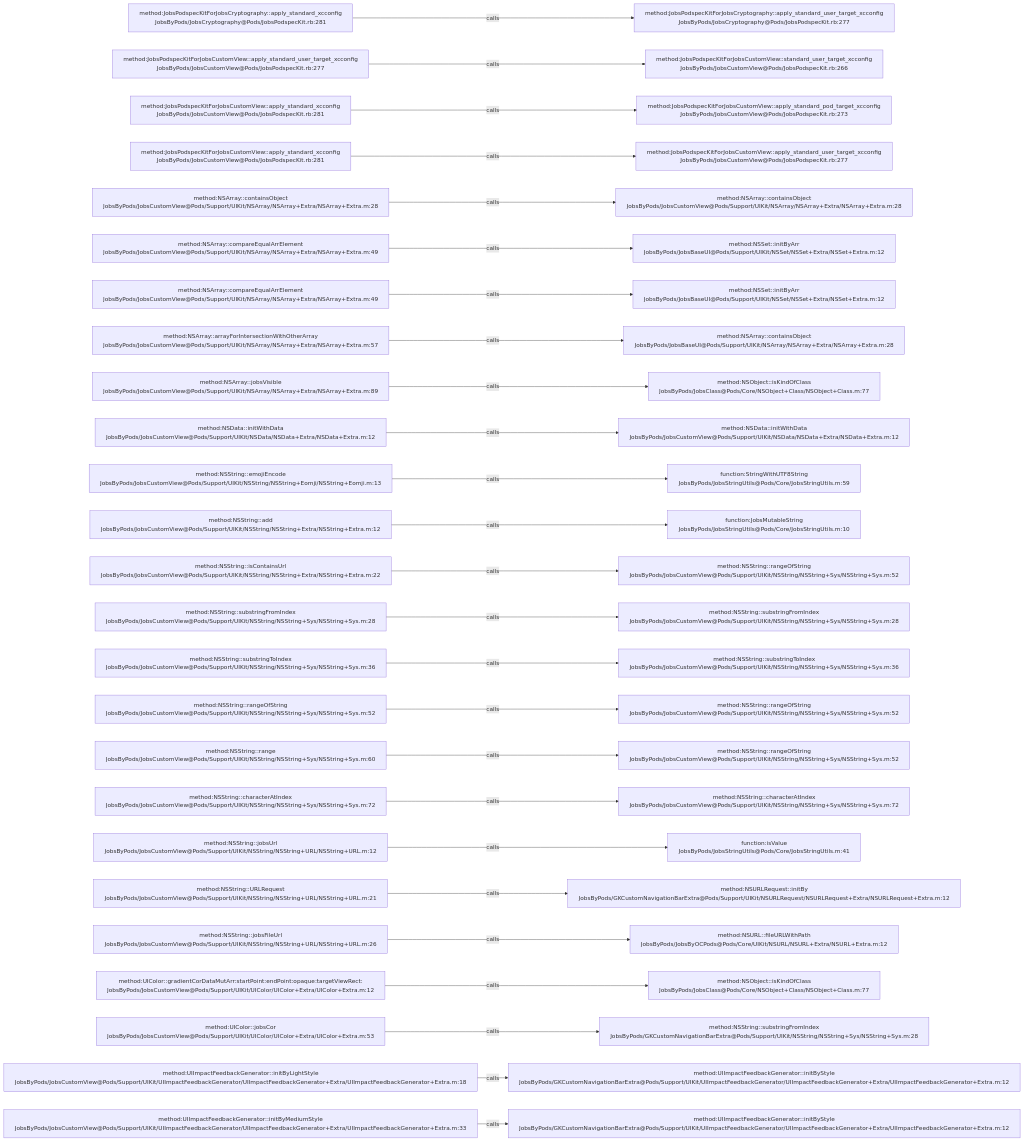
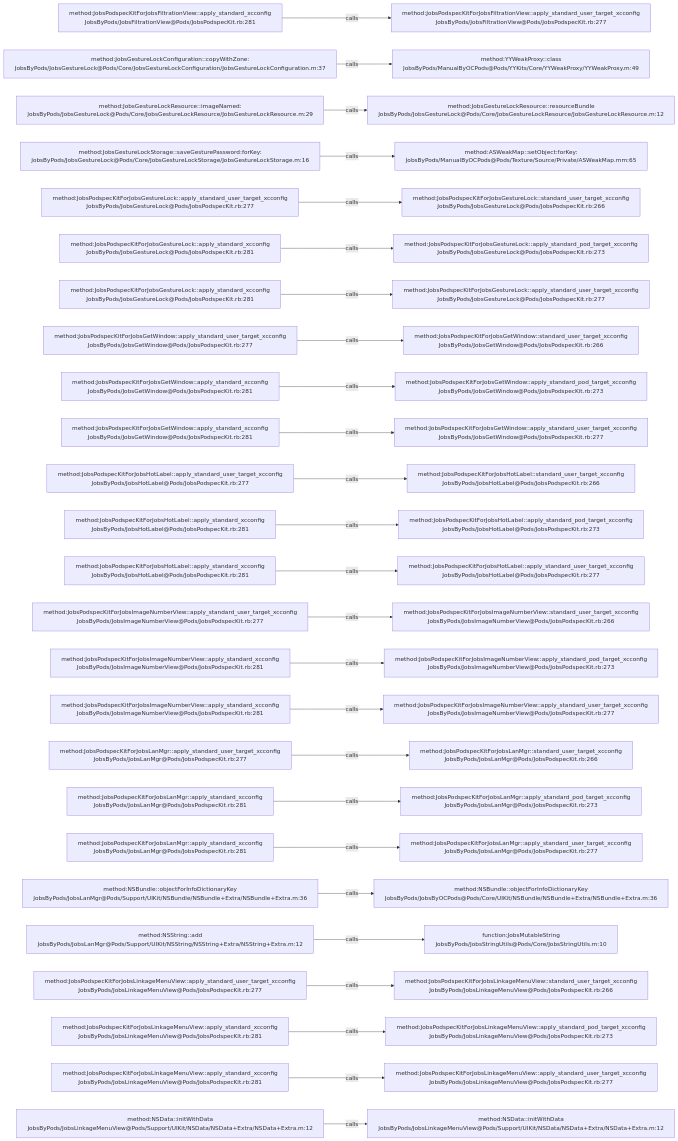
The diagram in .codegraph/codegraph.md/graphs/calls-010.md (JobsKits/JobsOCBaseConfigDemo), drawn with Mermaid before and after one commit. The commit also changed 1223 other files, not shown here.

````diff
--- a/.codegraph/codegraph.md/graphs/calls-010.md
+++ b/.codegraph/codegraph.md/graphs/calls-010.md
@@ -13,78 +13,78 @@
 ```mermaid
 flowchart LR
-  S1["method:JobsPodspecKitForJobsCryptography::apply_standard_xcconfig<br/>JobsByPods/JobsCryptography@Pods/JobsPodspecKit.rb:281"]
-  T1["method:JobsPodspecKitForJobsCryptography::apply_standard_user_target_xcconfig<br/>JobsByPods/JobsCryptography@Pods/JobsPodspecKit.rb:277"]
+  S1["method:JobsPodspecKitForJobsFiltrationView::apply_standard_xcconfig<br/>JobsByPods/JobsFiltrationView@Pods/JobsPodspecKit.rb:281"]
+  T1["method:JobsPodspecKitForJobsFiltrationView::apply_standard_user_target_xcconfig<br/>JobsByPods/JobsFiltrationView@Pods/JobsPodspecKit.rb:277"]
   S1 -->|calls| T1
-  S2["method:JobsPodspecKitForJobsCustomView::apply_standard_user_target_xcconfig<br/>JobsByPods/JobsCustomView@Pods/JobsPodspecKit.rb:277"]
-  T2["method:JobsPodspecKitForJobsCustomView::standard_user_target_xcconfig<br/>JobsByPods/JobsCustomView@Pods/JobsPodspecKit.rb:266"]
+  S2["method:JobsGestureLockConfiguration::copyWithZone:<br/>JobsByPods/JobsGestureLock@Pods/Core/JobsGestureLockConfiguration/JobsGestureLockConfiguration.m:37"]
+  T2["method:YYWeakProxy::class<br/>JobsByPods/ManualByOCPods@Pods/YYKits/Core/YYWeakProxy/YYWeakProxy.m:49"]
   S2 -->|calls| T2
-  S3["method:JobsPodspecKitForJobsCustomView::apply_standard_xcconfig<br/>JobsByPods/JobsCustomView@Pods/JobsPodspecKit.rb:281"]
-  T3["method:JobsPodspecKitForJobsCustomView::apply_standard_pod_target_xcconfig<br/>JobsByPods/JobsCustomView@Pods/JobsPodspecKit.rb:273"]
+  S3["method:JobsGestureLockResource::imageNamed:<br/>JobsByPods/JobsGestureLock@Pods/Core/JobsGestureLockResource/JobsGestureLockResource.m:29"]
+  T3["method:JobsGestureLockResource::resourceBundle<br/>JobsByPods/JobsGestureLock@Pods/Core/JobsGestureLockResource/JobsGestureLockResource.m:12"]
   S3 -->|calls| T3
-  S4["method:JobsPodspecKitForJobsCustomView::apply_standard_xcconfig<br/>JobsByPods/JobsCustomView@Pods/JobsPodspecKit.rb:281"]
-  T4["method:JobsPodspecKitForJobsCustomView::apply_standard_user_target_xcconfig<br/>JobsByPods/JobsCustomView@Pods/JobsPodspecKit.rb:277"]
+  S4["method:JobsGestureLockStorage::saveGesturePassword:forKey:<br/>JobsByPods/JobsGestureLock@Pods/Core/JobsGestureLockStorage/JobsGestureLockStorage.m:16"]
+  T4["method:ASWeakMap::setObject:forKey:<br/>JobsByPods/ManualByOCPods@Pods/Texture/Source/Private/ASWeakMap.mm:65"]
   S4 -->|calls| T4
-  S5["method:NSArray::containsObject<br/>JobsByPods/JobsCustomView@Pods/Support/UIKit/NSArray/NSArray+Extra/NSArray+Extra.m:28"]
-  T5["method:NSArray::containsObject<br/>JobsByPods/JobsCustomView@Pods/Support/UIKit/NSArray/NSArray+Extra/NSArray+Extra.m:28"]
+  S5["method:JobsPodspecKitForJobsGestureLock::apply_standard_user_target_xcconfig<br/>JobsByPods/JobsGestureLock@Pods/JobsPodspecKit.rb:277"]
+  T5["method:JobsPodspecKitForJobsGestureLock::standard_user_target_xcconfig<br/>JobsByPods/JobsGestureLock@Pods/JobsPodspecKit.rb:266"]
   S5 -->|calls| T5
-  S6["method:NSArray::compareEqualArrElement<br/>JobsByPods/JobsCustomView@Pods/Support/UIKit/NSArray/NSArray+Extra/NSArray+Extra.m:49"]
-  T6["method:NSSet::initByArr<br/>JobsByPods/JobsBaseUI@Pods/Support/UIKit/NSSet/NSSet+Extra/NSSet+Extra.m:12"]
+  S6["method:JobsPodspecKitForJobsGestureLock::apply_standard_xcconfig<br/>JobsByPods/JobsGestureLock@Pods/JobsPodspecKit.rb:281"]
+  T6["method:JobsPodspecKitForJobsGestureLock::apply_standard_pod_target_xcconfig<br/>JobsByPods/JobsGestureLock@Pods/JobsPodspecKit.rb:273"]
   S6 -->|calls| T6
-  S7["method:NSArray::compareEqualArrElement<br/>JobsByPods/JobsCustomView@Pods/Support/UIKit/NSArray/NSArray+Extra/NSArray+Extra.m:49"]
-  T7["method:NSSet::initByArr<br/>JobsByPods/JobsBaseUI@Pods/Support/UIKit/NSSet/NSSet+Extra/NSSet+Extra.m:12"]
+  S7["method:JobsPodspecKitForJobsGestureLock::apply_standard_xcconfig<br/>JobsByPods/JobsGestureLock@Pods/JobsPodspecKit.rb:281"]
+  T7["method:JobsPodspecKitForJobsGestureLock::apply_standard_user_target_xcconfig<br/>JobsByPods/JobsGestureLock@Pods/JobsPodspecKit.rb:277"]
   S7 -->|calls| T7
-  S8["method:NSArray::arrayForIntersectionWithOtherArray<br/>JobsByPods/JobsCustomView@Pods/Support/UIKit/NSArray/NSArray+Extra/NSArray+Extra.m:57"]
-  T8["method:NSArray::containsObject<br/>JobsByPods/JobsBaseUI@Pods/Support/UIKit/NSArray/NSArray+Extra/NSArray+Extra.m:28"]
+  S8["method:JobsPodspecKitForJobsGetWindow::apply_standard_user_target_xcconfig<br/>JobsByPods/JobsGetWindow@Pods/JobsPodspecKit.rb:277"]
+  T8["method:JobsPodspecKitForJobsGetWindow::standard_user_target_xcconfig<br/>JobsByPods/JobsGetWindow@Pods/JobsPodspecKit.rb:266"]
   S8 -->|calls| T8
-  S9["method:NSArray::jobsVisible<br/>JobsByPods/JobsCustomView@Pods/Support/UIKit/NSArray/NSArray+Extra/NSArray+Extra.m:89"]
-  T9["method:NSObject::isKindOfClass<br/>JobsByPods/JobsClass@Pods/Core/NSObject+Class/NSObject+Class.m:77"]
+  S9["method:JobsPodspecKitForJobsGetWindow::apply_standard_xcconfig<br/>JobsByPods/JobsGetWindow@Pods/JobsPodspecKit.rb:281"]
+  T9["method:JobsPodspecKitForJobsGetWindow::apply_standard_pod_target_xcconfig<br/>JobsByPods/JobsGetWindow@Pods/JobsPodspecKit.rb:273"]
   S9 -->|calls| T9
-  S10["method:NSData::initWithData<br/>JobsByPods/JobsCustomView@Pods/Support/UIKit/NSData/NSData+Extra/NSData+Extra.m:12"]
-  T10["method:NSData::initWithData<br/>JobsByPods/JobsCustomView@Pods/Support/UIKit/NSData/NSData+Extra/NSData+Extra.m:12"]
+  S10["method:JobsPodspecKitForJobsGetWindow::apply_standard_xcconfig<br/>JobsByPods/JobsGetWindow@Pods/JobsPodspecKit.rb:281"]
+  T10["method:JobsPodspecKitForJobsGetWindow::apply_standard_user_target_xcconfig<br/>JobsByPods/JobsGetWindow@Pods/JobsPodspecKit.rb:277"]
   S10 -->|calls| T10
-  S11["method:NSString::emojiEncode<br/>JobsByPods/JobsCustomView@Pods/Support/UIKit/NSString/NSString+Eomji/NSString+Eomji.m:13"]
-  T11["function:StringWithUTF8String<br/>JobsByPods/JobsStringUtils@Pods/Core/JobsStringUtils.m:59"]
+  S11["method:JobsPodspecKitForJobsHotLabel::apply_standard_user_target_xcconfig<br/>JobsByPods/JobsHotLabel@Pods/JobsPodspecKit.rb:277"]
+  T11["method:JobsPodspecKitForJobsHotLabel::standard_user_target_xcconfig<br/>JobsByPods/JobsHotLabel@Pods/JobsPodspecKit.rb:266"]
   S11 -->|calls| T11
-  S12["method:NSString::add<br/>JobsByPods/JobsCustomView@Pods/Support/UIKit/NSString/NSString+Extra/NSString+Extra.m:12"]
-  T12["function:JobsMutableString<br/>JobsByPods/JobsStringUtils@Pods/Core/JobsStringUtils.m:10"]
+  S12["method:JobsPodspecKitForJobsHotLabel::apply_standard_xcconfig<br/>JobsByPods/JobsHotLabel@Pods/JobsPodspecKit.rb:281"]
+  T12["method:JobsPodspecKitForJobsHotLabel::apply_standard_pod_target_xcconfig<br/>JobsByPods/JobsHotLabel@Pods/JobsPodspecKit.rb:273"]
   S12 -->|calls| T12
-  S13["method:NSString::isContainsUrl<br/>JobsByPods/JobsCustomView@Pods/Support/UIKit/NSString/NSString+Extra/NSString+Extra.m:22"]
-  T13["method:NSString::rangeOfString<br/>JobsByPods/JobsCustomView@Pods/Support/UIKit/NSString/NSString+Sys/NSString+Sys.m:52"]
+  S13["method:JobsPodspecKitForJobsHotLabel::apply_standard_xcconfig<br/>JobsByPods/JobsHotLabel@Pods/JobsPodspecKit.rb:281"]
+  T13["method:JobsPodspecKitForJobsHotLabel::apply_standard_user_target_xcconfig<br/>JobsByPods/JobsHotLabel@Pods/JobsPodspecKit.rb:277"]
   S13 -->|calls| T13
-  S14["method:NSString::substringFromIndex<br/>JobsByPods/JobsCustomView@Pods/Support/UIKit/NSString/NSString+Sys/NSString+Sys.m:28"]
-  T14["method:NSString::substringFromIndex<br/>JobsByPods/JobsCustomView@Pods/Support/UIKit/NSString/NSString+Sys/NSString+Sys.m:28"]
+  S14["method:JobsPodspecKitForJobsImageNumberView::apply_standard_user_target_xcconfig<br/>JobsByPods/JobsImageNumberView@Pods/JobsPodspecKit.rb:277"]
+  T14["method:JobsPodspecKitForJobsImageNumberView::standard_user_target_xcconfig<br/>JobsByPods/JobsImageNumberView@Pods/JobsPodspecKit.rb:266"]
   S14 -->|calls| T14
-  S15["method:NSString::substringToIndex<br/>JobsByPods/JobsCustomView@Pods/Support/UIKit/NSString/NSString+Sys/NSString+Sys.m:36"]
-  T15["method:NSString::substringToIndex<br/>JobsByPods/JobsCustomView@Pods/Support/UIKit/NSString/NSString+Sys/NSString+Sys.m:36"]
+  S15["method:JobsPodspecKitForJobsImageNumberView::apply_standard_xcconfig<br/>JobsByPods/JobsImageNumberView@Pods/JobsPodspecKit.rb:281"]
+  T15["method:JobsPodspecKitForJobsImageNumberView::apply_standard_pod_target_xcconfig<br/>JobsByPods/JobsImageNumberView@Pods/JobsPodspecKit.rb:273"]
   S15 -->|calls| T15
-  S16["method:NSString::rangeOfString<br/>JobsByPods/JobsCustomView@Pods/Support/UIKit/NSString/NSString+Sys/NSString+Sys.m:52"]
-  T16["method:NSString::rangeOfString<br/>JobsByPods/JobsCustomView@Pods/Support/UIKit/NSString/NSString+Sys/NSString+Sys.m:52"]
+  S16["method:JobsPodspecKitForJobsImageNumberView::apply_standard_xcconfig<br/>JobsByPods/JobsImageNumberView@Pods/JobsPodspecKit.rb:281"]
+  T16["method:JobsPodspecKitForJobsImageNumberView::apply_standard_user_target_xcconfig<br/>JobsByPods/JobsImageNumberView@Pods/JobsPodspecKit.rb:277"]
   S16 -->|calls| T16
-  S17["method:NSString::range<br/>JobsByPods/JobsCustomView@Pods/Support/UIKit/NSString/NSString+Sys/NSString+Sys.m:60"]
-  T17["method:NSString::rangeOfString<br/>JobsByPods/JobsCustomView@Pods/Support/UIKit/NSString/NSString+Sys/NSString+Sys.m:52"]
+  S17["method:JobsPodspecKitForJobsLanMgr::apply_standard_user_target_xcconfig<br/>JobsByPods/JobsLanMgr@Pods/JobsPodspecKit.rb:277"]
+  T17["method:JobsPodspecKitForJobsLanMgr::standard_user_target_xcconfig<br/>JobsByPods/JobsLanMgr@Pods/JobsPodspecKit.rb:266"]
   S17 -->|calls| T17
-  S18["method:NSString::characterAtIndex<br/>JobsByPods/JobsCustomView@Pods/Support/UIKit/NSString/NSString+Sys/NSString+Sys.m:72"]
-  T18["method:NSString::characterAtIndex<br/>JobsByPods/JobsCustomView@Pods/Support/UIKit/NSString/NSString+Sys/NSString+Sys.m:72"]
+  S18["method:JobsPodspecKitForJobsLanMgr::apply_standard_xcconfig<br/>JobsByPods/JobsLanMgr@Pods/JobsPodspecKit.rb:281"]
+  T18["method:JobsPodspecKitForJobsLanMgr::apply_standard_pod_target_xcconfig<br/>JobsByPods/JobsLanMgr@Pods/JobsPodspecKit.rb:273"]
   S18 -->|calls| T18
-  S19["method:NSString::jobsUrl<br/>JobsByPods/JobsCustomView@Pods/Support/UIKit/NSString/NSString+URL/NSString+URL.m:12"]
-  T19["function:isValue<br/>JobsByPods/JobsStringUtils@Pods/Core/JobsStringUtils.m:41"]
+  S19["method:JobsPodspecKitForJobsLanMgr::apply_standard_xcconfig<br/>JobsByPods/JobsLanMgr@Pods/JobsPodspecKit.rb:281"]
+  T19["method:JobsPodspecKitForJobsLanMgr::apply_standard_user_target_xcconfig<br/>JobsByPods/JobsLanMgr@Pods/JobsPodspecKit.rb:277"]
   S19 -->|calls| T19
-  S20["method:NSString::URLRequest<br/>JobsByPods/JobsCustomView@Pods/Support/UIKit/NSString/NSString+URL/NSString+URL.m:21"]
-  T20["method:NSURLRequest::initBy<br/>JobsByPods/GKCustomNavigationBarExtra@Pods/Support/UIKit/NSURLRequest/NSURLRequest+Extra/NSURLRequest+Extra.m:12"]
+  S20["method:NSBundle::objectForInfoDictionaryKey<br/>JobsByPods/JobsLanMgr@Pods/Support/UIKit/NSBundle/NSBundle+Extra/NSBundle+Extra.m:36"]
+  T20["method:NSBundle::objectForInfoDictionaryKey<br/>JobsByPods/JobsByOCPods@Pods/Core/UIKit/NSBundle/NSBundle+Extra/NSBundle+Extra.m:36"]
   S20 -->|calls| T20
-  S21["method:NSString::jobsFileUrl<br/>JobsByPods/JobsCustomView@Pods/Support/UIKit/NSString/NSString+URL/NSString+URL.m:26"]
-  T21["method:NSURL::fileURLWithPath<br/>JobsByPods/JobsByOCPods@Pods/Core/UIKit/NSURL/NSURL+Extra/NSURL+Extra.m:12"]
+  S21["method:NSString::add<br/>JobsByPods/JobsLanMgr@Pods/Support/UIKit/NSString/NSString+Extra/NSString+Extra.m:12"]
+  T21["function:JobsMutableString<br/>JobsByPods/JobsStringUtils@Pods/Core/JobsStringUtils.m:10"]
   S21 -->|calls| T21
-  S22["method:UIColor::gradientCorDataMutArr:startPoint:endPoint:opaque:targetViewRect:<br/>JobsByPods/JobsCustomView@Pods/Support/UIKit/UIColor/UIColor+Extra/UIColor+Extra.m:12"]
-  T22["method:NSObject::isKindOfClass<br/>JobsByPods/JobsClass@Pods/Core/NSObject+Class/NSObject+Class.m:77"]
+  S22["method:JobsPodspecKitForJobsLinkageMenuView::apply_standard_user_target_xcconfig<br/>JobsByPods/JobsLinkageMenuView@Pods/JobsPodspecKit.rb:277"]
+  T22["method:JobsPodspecKitForJobsLinkageMenuView::standard_user_target_xcconfig<br/>JobsByPods/JobsLinkageMenuView@Pods/JobsPodspecKit.rb:266"]
   S22 -->|calls| T22
-  S23["method:UIColor::jobsCor<br/>JobsByPods/JobsCustomView@Pods/Support/UIKit/UIColor/UIColor+Extra/UIColor+Extra.m:53"]
-  T23["method:NSString::substringFromIndex<br/>JobsByPods/GKCustomNavigationBarExtra@Pods/Support/UIKit/NSString/NSString+Sys/NSString+Sys.m:28"]
+  S23["method:JobsPodspecKitForJobsLinkageMenuView::apply_standard_xcconfig<br/>JobsByPods/JobsLinkageMenuView@Pods/JobsPodspecKit.rb:281"]
+  T23["method:JobsPodspecKitForJobsLinkageMenuView::apply_standard_pod_target_xcconfig<br/>JobsByPods/JobsLinkageMenuView@Pods/JobsPodspecKit.rb:273"]
   S23 -->|calls| T23
-  S24["method:UIImpactFeedbackGenerator::initByLightStyle<br/>JobsByPods/JobsCustomView@Pods/Support/UIKit/UIImpactFeedbackGenerator/UIImpactFeedbackGenerator+Extra/UIImpactFeedbackGenerator+Extra.m:18"]
-  T24["method:UIImpactFeedbackGenerator::initByStyle<br/>JobsByPods/GKCustomNavigationBarExtra@Pods/Support/UIKit/UIImpactFeedbackGenerator/UIImpactFeedbackGenerator+Extra/UIImpactFeedbackGenerator+Extra.m:12"]
+  S24["method:JobsPodspecKitForJobsLinkageMenuView::apply_standard_xcconfig<br/>JobsByPods/JobsLinkageMenuView@Pods/JobsPodspecKit.rb:281"]
+  T24["method:JobsPodspecKitForJobsLinkageMenuView::apply_standard_user_target_xcconfig<br/>JobsByPods/JobsLinkageMenuView@Pods/JobsPodspecKit.rb:277"]
   S24 -->|calls| T24
-  S25["method:UIImpactFeedbackGenerator::initByMediumStyle<br/>JobsByPods/JobsCustomView@Pods/Support/UIKit/UIImpactFeedbackGenerator/UIImpactFeedbackGenerator+Extra/UIImpactFeedbackGenerator+Extra.m:33"]
-  T25["method:UIImpactFeedbackGenerator::initByStyle<br/>JobsByPods/GKCustomNavigationBarExtra@Pods/Support/UIKit/UIImpactFeedbackGenerator/UIImpactFeedbackGenerator+Extra/UIImpactFeedbackGenerator+Extra.m:12"]
+  S25["method:NSData::initWithData<br/>JobsByPods/JobsLinkageMenuView@Pods/Support/UIKit/NSData/NSData+Extra/NSData+Extra.m:12"]
+  T25["method:NSData::initWithData<br/>JobsByPods/JobsLinkageMenuView@Pods/Support/UIKit/NSData/NSData+Extra/NSData+Extra.m:12"]
   S25 -->|calls| T25
 ```
````
